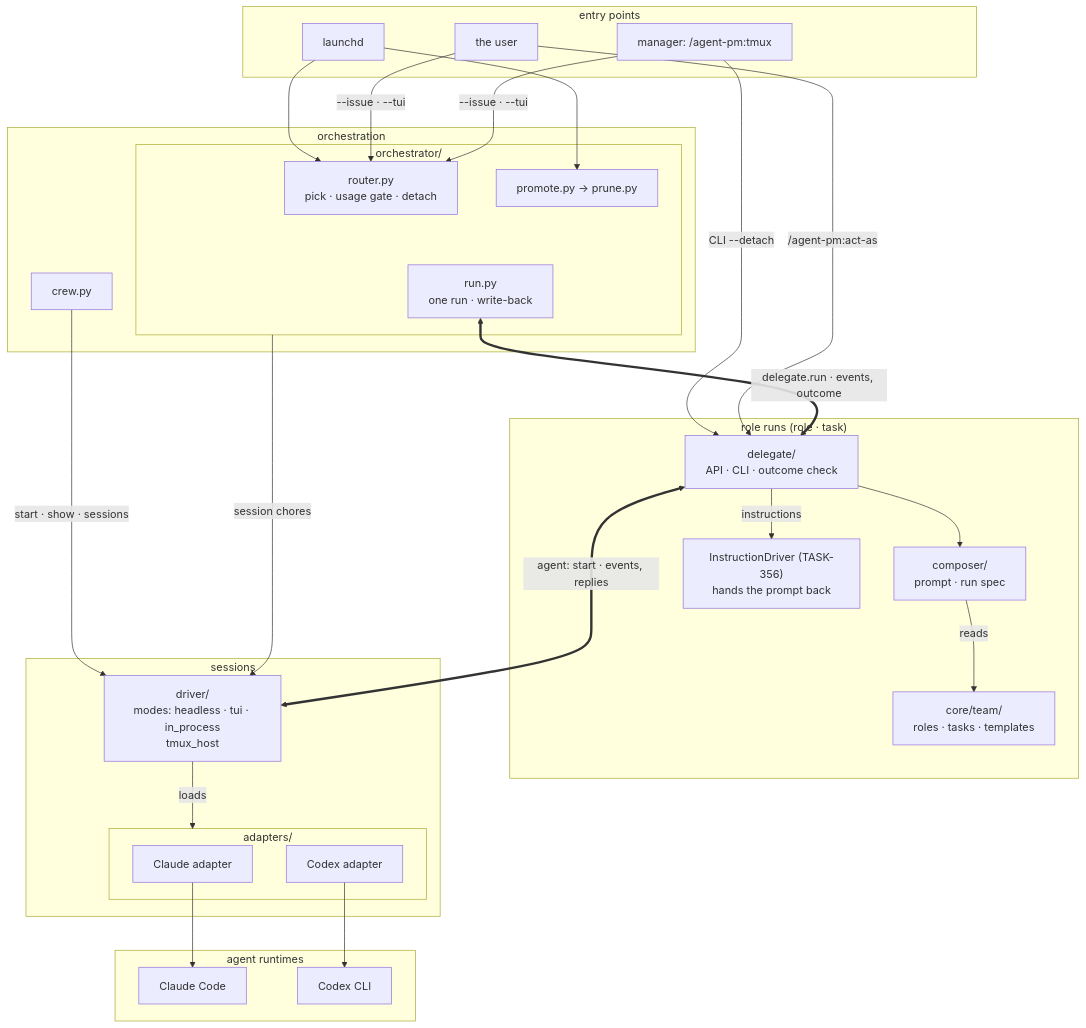
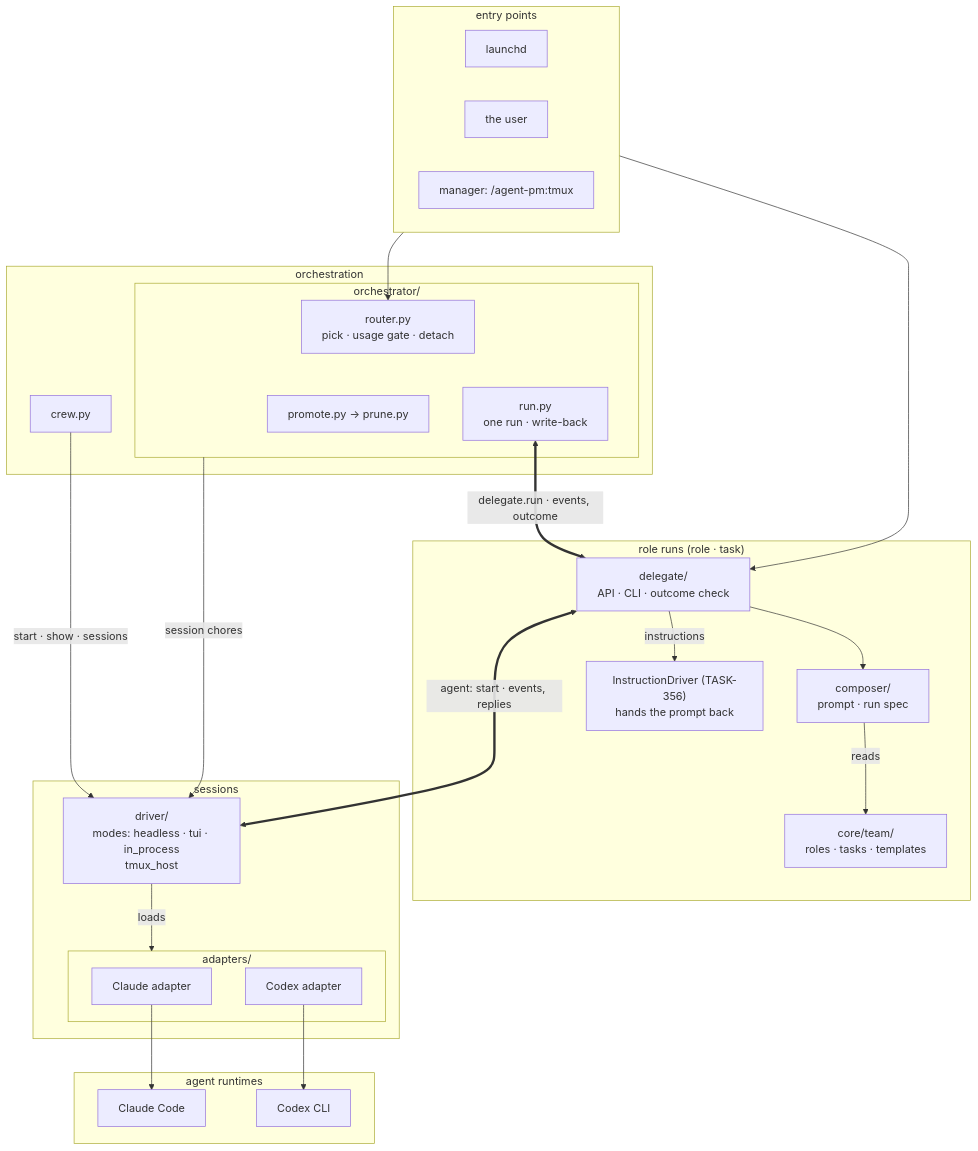
The second of 4 diagrams in README.md (ophis/agent-pm), drawn with Mermaid before and after one commit.

Commit message:
README: entry points box with two edges in the architecture diagram
Claude-Session: https://claude.ai/code/session_01DWNTKp8E4ZkndBswMuqLEu

````diff
--- a/README.md
+++ b/README.md
@@ -20,49 +20,47 @@
 ```mermaid
 flowchart TB
   subgraph EN[entry points]
     LD[launchd]
     HU[the user]
     M["manager: /agent-pm:tmux"]
   end
   subgraph L1[orchestration]
     subgraph OR[orchestrator/]
       R["router.py<br>pick · usage gate · detach"]
       RU["run.py<br>one run · write-back"]
       PP["promote.py → prune.py"]
     end
     W[crew.py]
   end
   subgraph L2["role runs (role · task)"]
     D["delegate/<br>API · CLI · outcome check"]
     C["composer/<br>prompt · run spec"]
     ID["InstructionDriver (TASK-356)<br>hands the prompt back"]
     T["core/team/<br>roles · tasks · templates"]
   end
   subgraph L3[sessions]
     DR["driver/<br>modes: headless · tui · in_process<br>tmux_host"]
     subgraph AD[adapters/]
       CL[Claude adapter]
       CX[Codex adapter]
     end
   end
   subgraph RT[agent runtimes]
     P1[Claude Code]
     P2[Codex CLI]
   end
-  LD --> R & PP
-  HU & M -->|"--issue · --tui"| R
-  M -->|"CLI --detach"| D
-  HU -->|"/agent-pm:act-as"| D
+  EN --> R
+  EN --> D
   W -->|"start · show · sessions"| DR
   RU <==>|"delegate.run · events, outcome"| D
   OR -->|"session chores"| DR
   D --> C
   C -->|reads| T
   D -->|instructions| ID
   D <==>|"agent: start · events, replies"| DR
   DR -->|loads| AD
   CL --> P1
   CX --> P2
   R ~~~ RU
   C ~~~ DR
 ```
````
